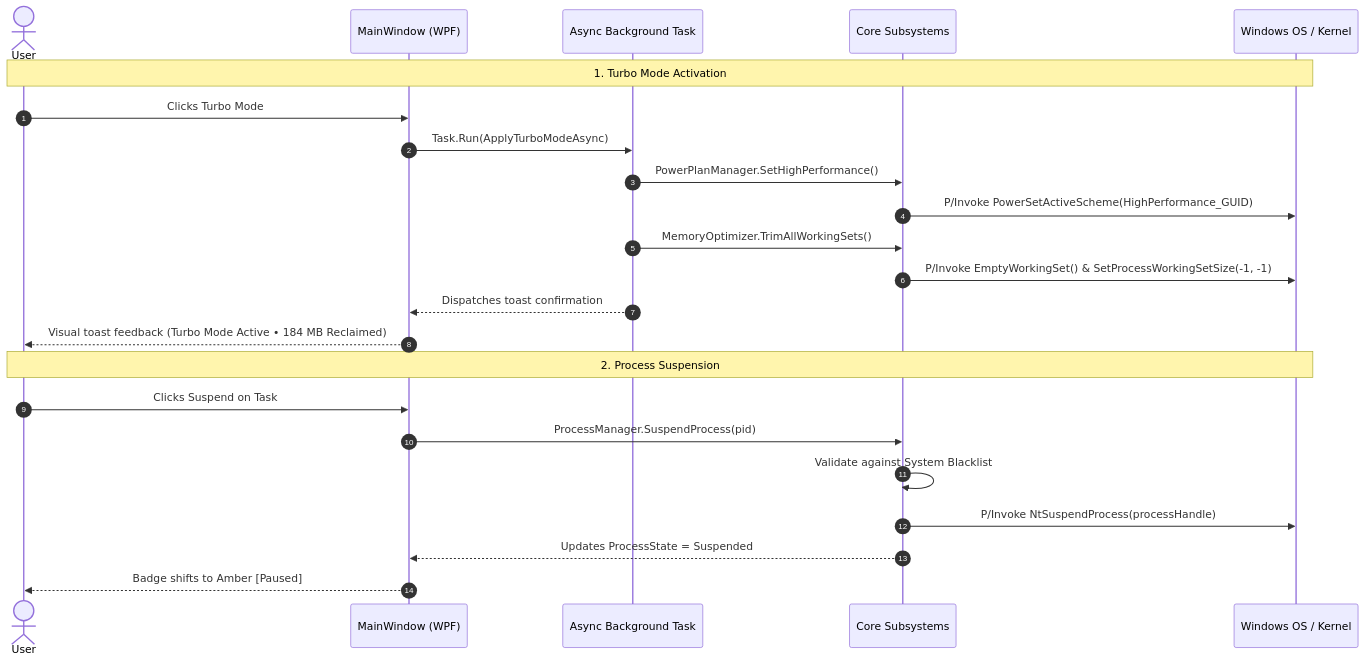
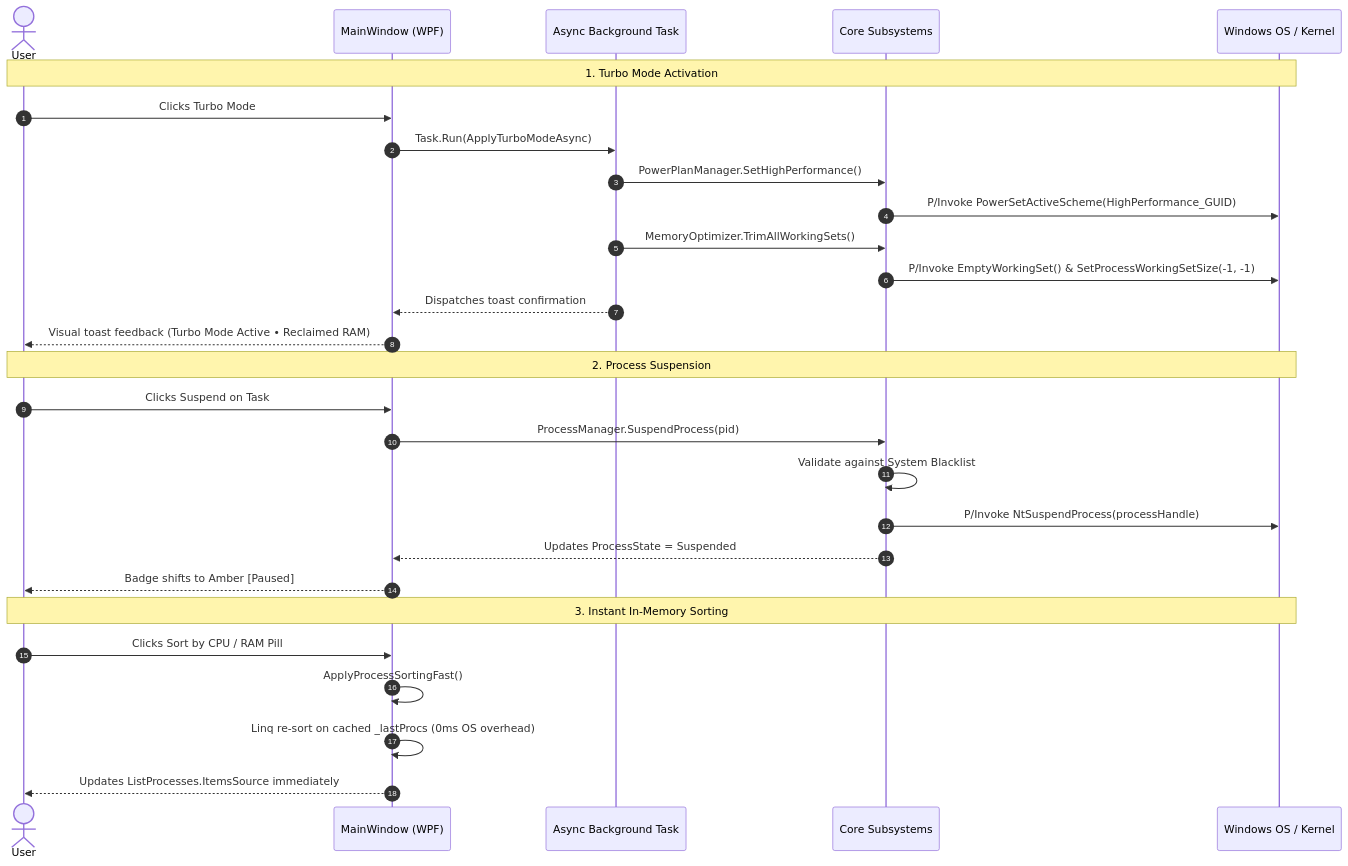
Before and after one commit to AnaCataVC/simple-pc-monitor: the first of 2 diagrams in docs/command-center-guide.md, drawn with Mermaid. The commit also changed other lines of this file and 15 other files, not shown here.

````diff
--- a/docs/command-center-guide.md
+++ b/docs/command-center-guide.md
@@ -39,27 +46,33 @@
 ```mermaid
 sequenceDiagram
     autonumber
     actor User as User
     participant UI as MainWindow (WPF)
     participant TaskRunner as Async Background Task
     participant Core as Core Subsystems
     participant OS as Windows OS / Kernel
 
     Note over User,OS: 1. Turbo Mode Activation
     User->>UI: Clicks Turbo Mode
     UI->>TaskRunner: Task.Run(ApplyTurboModeAsync)
     TaskRunner->>Core: PowerPlanManager.SetHighPerformance()
     Core->>OS: P/Invoke PowerSetActiveScheme(HighPerformance_GUID)
     TaskRunner->>Core: MemoryOptimizer.TrimAllWorkingSets()
     Core->>OS: P/Invoke EmptyWorkingSet() & SetProcessWorkingSetSize(-1, -1)
     TaskRunner-->>UI: Dispatches toast confirmation
-    UI-->>User: Visual toast feedback (Turbo Mode Active • 184 MB Reclaimed)
+    UI-->>User: Visual toast feedback (Turbo Mode Active • Reclaimed RAM)
 
     Note over User,OS: 2. Process Suspension
     User->>UI: Clicks Suspend on Task
     UI->>Core: ProcessManager.SuspendProcess(pid)
     Core->>Core: Validate against System Blacklist
     Core->>OS: P/Invoke NtSuspendProcess(processHandle)
     Core-->>UI: Updates ProcessState = Suspended
     UI-->>User: Badge shifts to Amber [Paused]
+
+    Note over User,OS: 3. Instant In-Memory Sorting
+    User->>UI: Clicks Sort by CPU / RAM Pill
+    UI->>UI: ApplyProcessSortingFast()
+    UI->>UI: Linq re-sort on cached _lastProcs (0ms OS overhead)
+    UI-->>User: Updates ListProcesses.ItemsSource immediately
 ```
````
